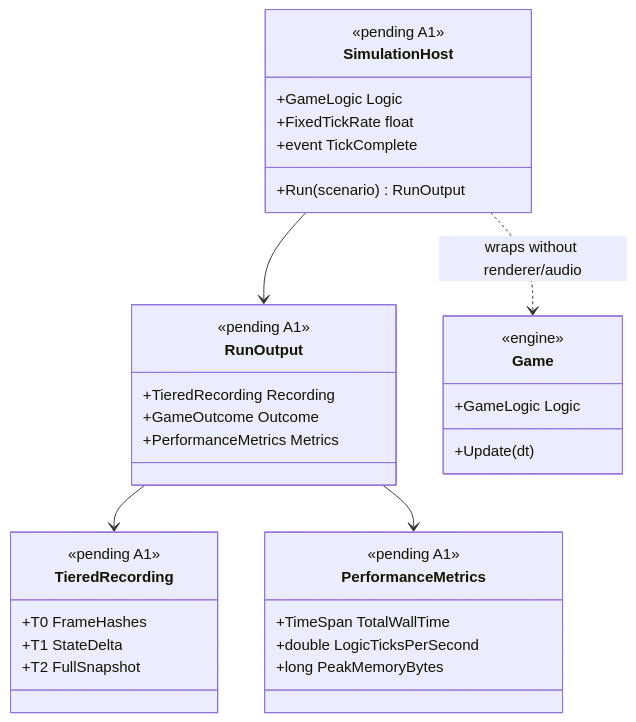
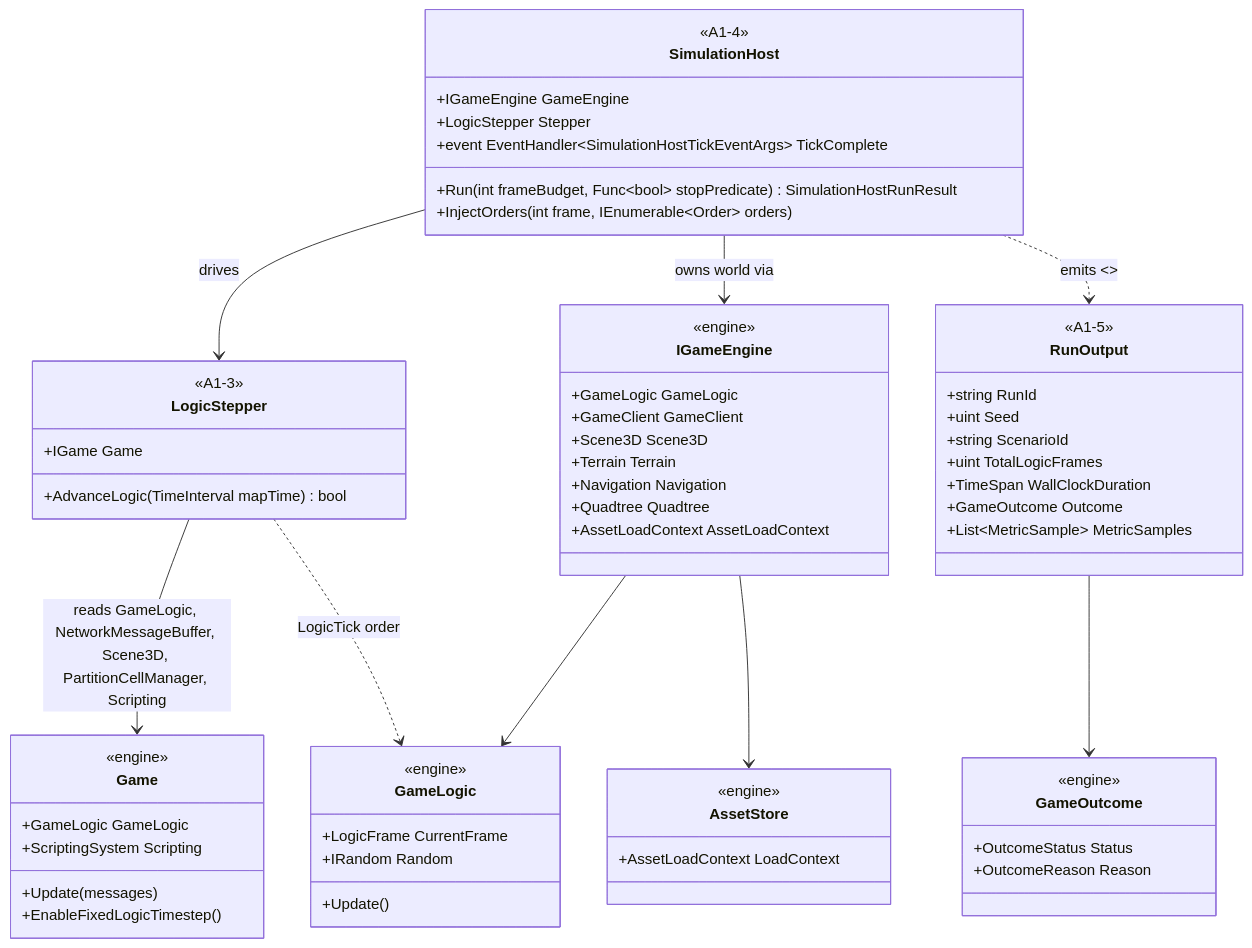
Before and after one commit to rmessinger/Panopticon: the first of 3 diagrams in docs/roadmap/deep-dives/a1-headless-host.md, drawn with Mermaid. The commit also changed other lines of this file and 37 other files, not shown here.

First line of the commit message:
Track A: A1 headless simulation host (WI-A1-01..07) + A2 seeded randomness (WI-A2-01..03)

````diff
--- a/docs/roadmap/deep-dives/a1-headless-host.md
+++ b/docs/roadmap/deep-dives/a1-headless-host.md
@@ -128,42 +136,74 @@
 ```mermaid
 classDiagram
   class SimulationHost {
-    <<pending A1>>
-    +GameLogic Logic
-    +FixedTickRate float
-    +Run(scenario) RunOutput
-    +event TickComplete
+    <<A1-4>>
+    +IGameEngine GameEngine
+    +LogicStepper Stepper
+    +Run(int frameBudget, Func~bool~ stopPredicate) SimulationHostRunResult
+    +InjectOrders(int frame, IEnumerable~Order~ orders)
+    +event EventHandler~SimulationHostTickEventArgs~ TickComplete
   }
 
-  class RunOutput {
-    <<pending A1>>
-    +TieredRecording Recording
-    +GameOutcome Outcome
-    +PerformanceMetrics Metrics
-  }
-
-  class TieredRecording {
-    <<pending A1>>
-    +T0 FrameHashes
-    +T1 StateDelta
-    +T2 FullSnapshot
-  }
-
-  class PerformanceMetrics {
-    <<pending A1>>
-    +TimeSpan TotalWallTime
-    +double LogicTicksPerSecond
-    +long PeakMemoryBytes
+  class LogicStepper {
+    <<A1-3>>
+    +IGame Game
+    +AdvanceLogic(TimeInterval mapTime) bool
   }
 
   class Game {
     <<engine>>
-    +GameLogic Logic
-    +Update(dt)
+    +GameLogic GameLogic
+    +ScriptingSystem Scripting
+    +Update(messages)
+    +EnableFixedLogicTimestep()
   }
 
-  SimulationHost --> RunOutput
-  RunOutput --> TieredRecording
-  RunOutput --> PerformanceMetrics
-  SimulationHost ..> Game : wraps without renderer/audio
+  class IGameEngine {
+    <<engine>>
+    +GameLogic GameLogic
+    +GameClient GameClient
+    +Scene3D Scene3D
+    +Terrain Terrain
+    +Navigation Navigation
+    +Quadtree Quadtree
+    +AssetLoadContext AssetLoadContext
+  }
+
+  class GameLogic {
+    <<engine>>
+    +LogicFrame CurrentFrame
+    +IRandom Random
+    +Update()
+  }
+
+  class AssetStore {
+    <<engine>>
+    +AssetLoadContext LoadContext
+  }
+
+  class RunOutput {
+    <<A1-5>>
+    +string RunId
+    +uint Seed
+    +string ScenarioId
+    +uint TotalLogicFrames
+    +TimeSpan WallClockDuration
+    +GameOutcome Outcome
+    +List~MetricSample~ MetricSamples
+  }
+
+  class GameOutcome {
+    <<engine>>
+    +OutcomeStatus Status
+    +OutcomeReason Reason
+  }
+
+  SimulationHost --> LogicStepper : drives
+  SimulationHost --> IGameEngine : owns world via
+  LogicStepper --> Game : reads GameLogic, NetworkMessageBuffer, Scene3D, PartitionCellManager, Scripting
+  LogicStepper ..> GameLogic : LogicTick order
+  IGameEngine --> GameLogic
+  IGameEngine --> AssetStore
+  SimulationHost ..> RunOutput : emits <<A1-5>>
+  RunOutput --> GameOutcome
 ```
````
